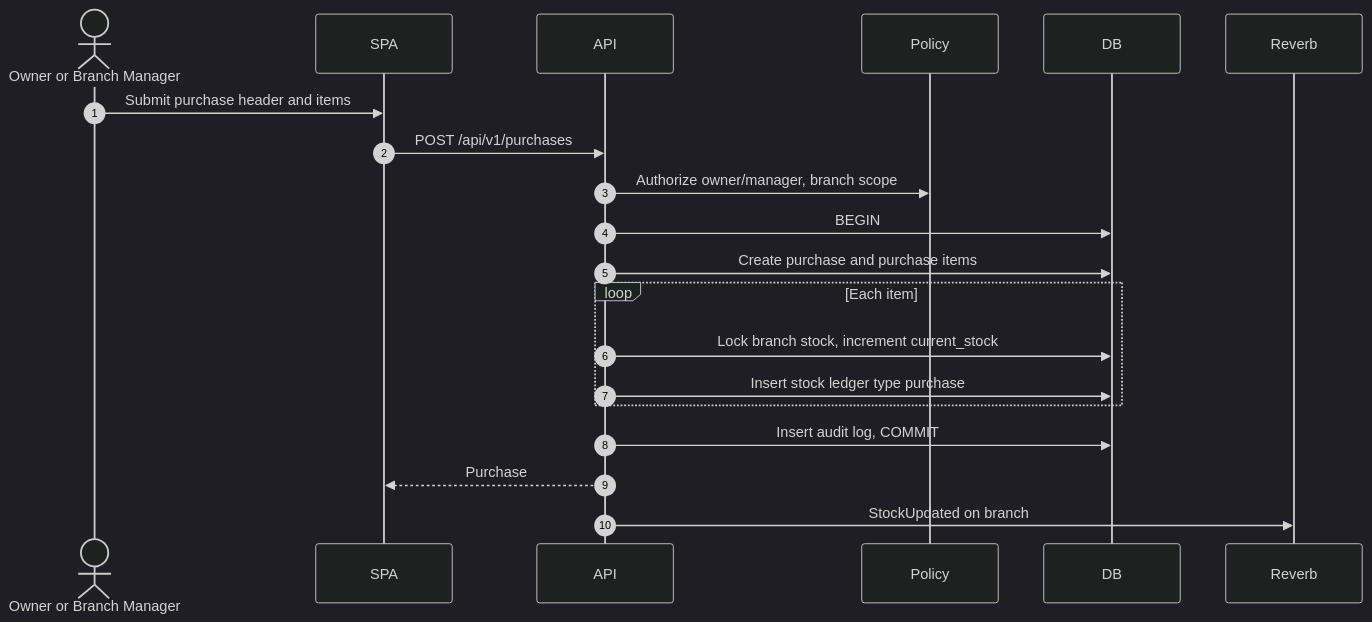
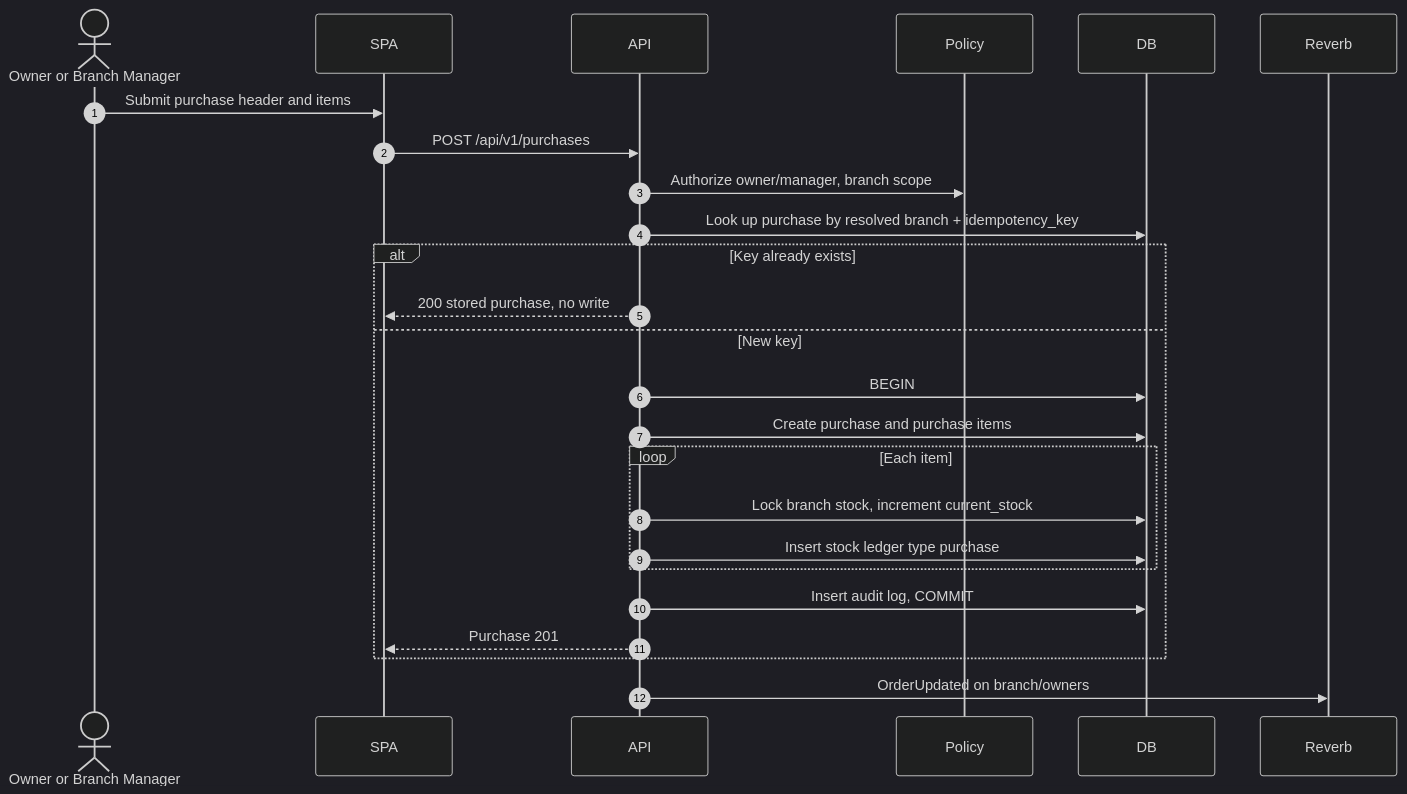
One commit to Arukast/pos_alja changed diagram 11 of 21 in docs/architecture/sequence-diagrams.md. Above: the diagram before and after it, drawn with Mermaid (dark theme). The commit also changed other lines of this file and 9 other files, not shown here.

````diff
--- a/docs/architecture/sequence-diagrams.md
+++ b/docs/architecture/sequence-diagrams.md
@@ -294,23 +294,28 @@
 ```mermaid
 sequenceDiagram
     autonumber
     actor A as Owner or Branch Manager
     participant SPA
     participant API
     participant Policy
     participant DB
     participant R as Reverb
 
     A->>SPA: Submit purchase header and items
     SPA->>API: POST /api/v1/purchases
     API->>Policy: Authorize owner/manager, branch scope
-    API->>DB: BEGIN
-    API->>DB: Create purchase and purchase items
-    loop Each item
-        API->>DB: Lock branch stock, increment current_stock
-        API->>DB: Insert stock ledger type purchase
+    API->>DB: Look up purchase by resolved branch + idempotency_key
+    alt Key already exists
+        API-->>SPA: 200 stored purchase, no write
+    else New key
+        API->>DB: BEGIN
+        API->>DB: Create purchase and purchase items
+        loop Each item
+            API->>DB: Lock branch stock, increment current_stock
+            API->>DB: Insert stock ledger type purchase
+        end
+        API->>DB: Insert audit log, COMMIT
+        API-->>SPA: Purchase 201
     end
-    API->>DB: Insert audit log, COMMIT
-    API-->>SPA: Purchase
-    API->>R: StockUpdated on branch
+    API->>R: OrderUpdated on branch/owners
 ```
````
